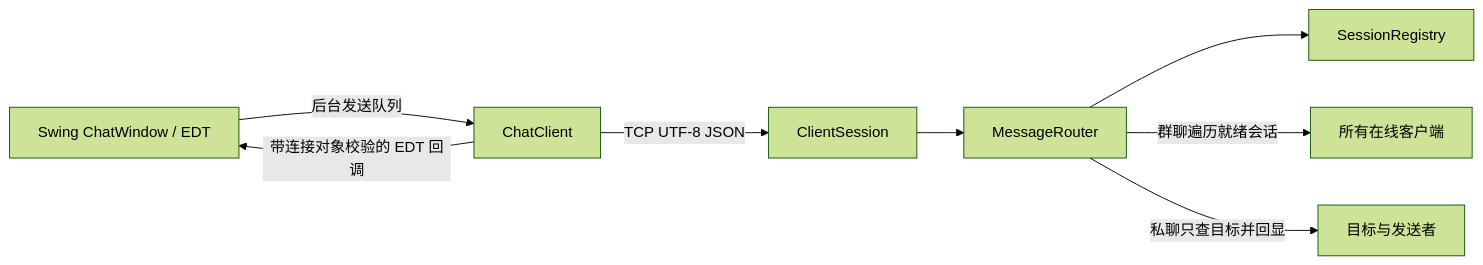
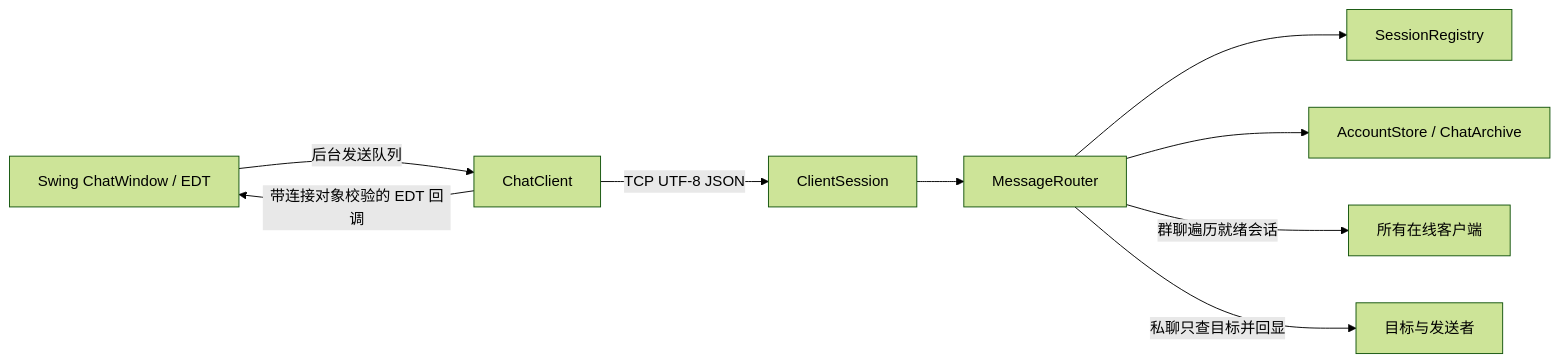
Before and after one commit to ouwayi/LTalk: the diagram in docs/design.md, drawn with Mermaid (forest theme). The commit also changed other lines of this file and 8 other files, not shown here.

````diff
--- a/docs/design.md
+++ b/docs/design.md
@@ -5,10 +5,11 @@
 ```mermaid
 flowchart LR
     A[Swing ChatWindow / EDT] -->|后台发送队列| B[ChatClient]
     B -->|TCP UTF-8 JSON| C[ClientSession]
     C --> D[MessageRouter]
     D --> E[SessionRegistry]
+    D --> H[AccountStore / ChatArchive]
     D -->|群聊遍历就绪会话| F[所有在线客户端]
     D -->|私聊只查目标并回显| G[目标与发送者]
     B -->|带连接对象校验的 EDT 回调| A
 ```
````
